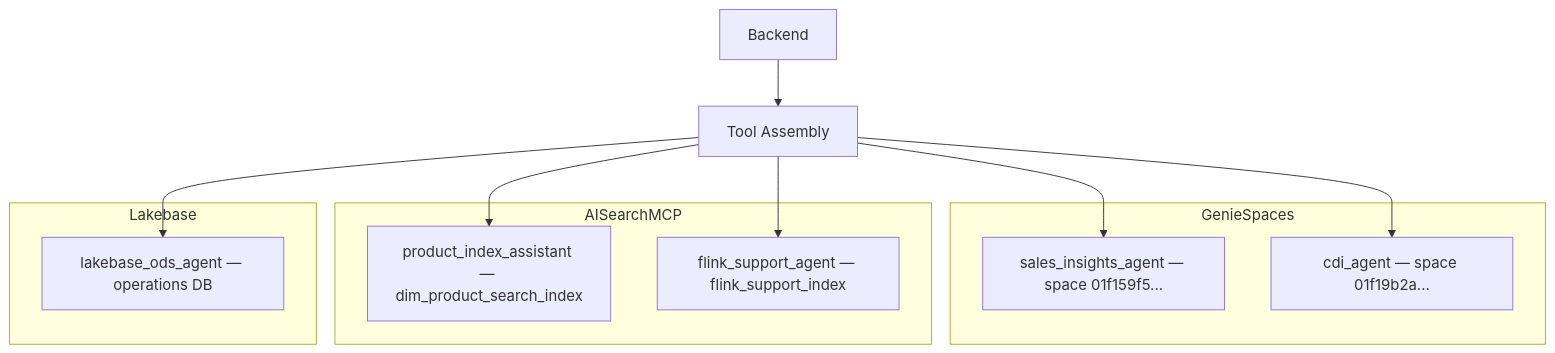
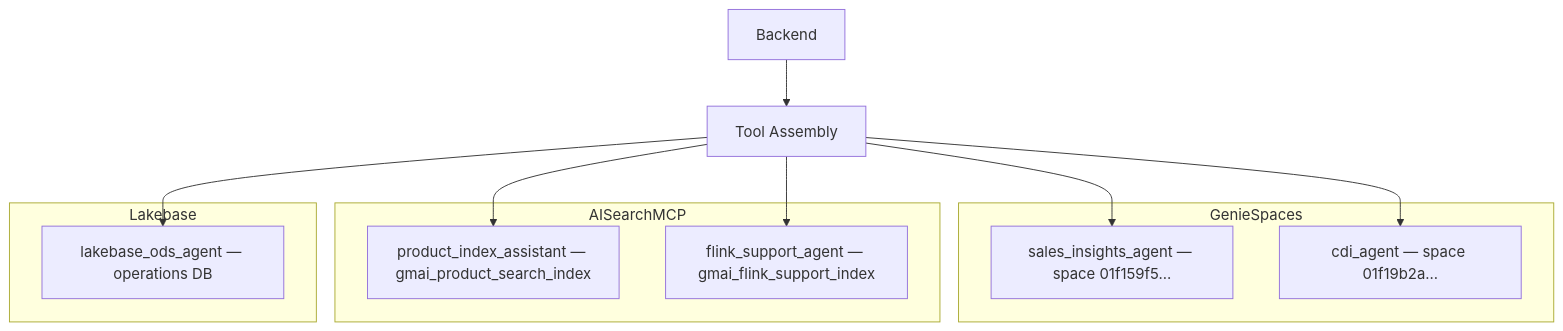
One commit to wchen-dea/Governed-Multi-Agent-Intelligence-on-Databricks changed the third of 3 diagrams in docs/architecture/design-artifacts/05-deployment-topology-and-resources.md. Above: the diagram before and after it, drawn with Mermaid. The commit also changed 35 other files, not shown here.

````diff
--- a/docs/architecture/design-artifacts/05-deployment-topology-and-resources.md
+++ b/docs/architecture/design-artifacts/05-deployment-topology-and-resources.md
@@ -46,23 +46,23 @@
 ```mermaid
 flowchart TB
     subgraph GenieSpaces
         S1[sales_insights_agent — space 01f159f5...]
         S2[cdi_agent — space 01f19b2a...]
     end
 
     subgraph AISearchMCP
-        S3[product_index_assistant — dim_product_search_index]
-        S4[flink_support_agent — flink_support_index]
+        S3[product_index_assistant — gmai_product_search_index]
+        S4[flink_support_agent — gmai_flink_support_index]
     end
 
     subgraph Lakebase
         S5[lakebase_ods_agent — operations DB]
     end
 
     BE[Backend] --> ASM[Tool Assembly]
     ASM --> S1
     ASM --> S2
     ASM --> S3
     ASM --> S4
     ASM --> S5
 ```
````
